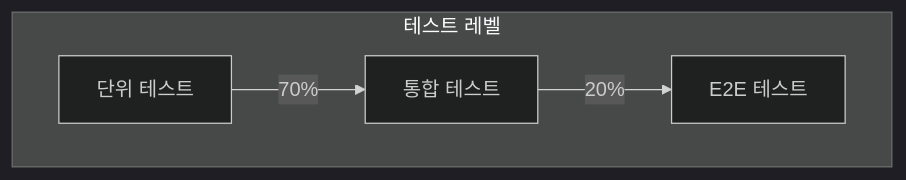
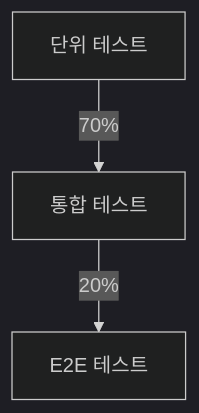
Before and after one commit to yjkim2015/yjkim2015.github.io: the third of 4 diagrams in _posts/architecture/2026-05-01-hexagonal.md, drawn with Mermaid (dark theme). The commit also changed 155 other files, not shown here.

First line of the commit message:
Mermaid 전면 수정: subgraph 제거, participant/노드/줄수 축소 (342블록)

````diff
--- a/_posts/architecture/2026-05-01-hexagonal.md
+++ b/_posts/architecture/2026-05-01-hexagonal.md
@@ -272,11 +272,6 @@
 ```mermaid
 graph TD
-    subgraph "테스트 레벨"
-        UT["단위 테스트"]
-        IT["통합 테스트"]
-        E2E["E2E 테스트"]
-    end
-    UT -->|"70%"| IT
-    IT -->|"20%"| E2E
+    UT["단위 테스트"] -->|"70%"| IT["통합 테스트"]
+    IT -->|"20%"| E2E["E2E 테스트"]
     class E2E e2e
 ```
````
